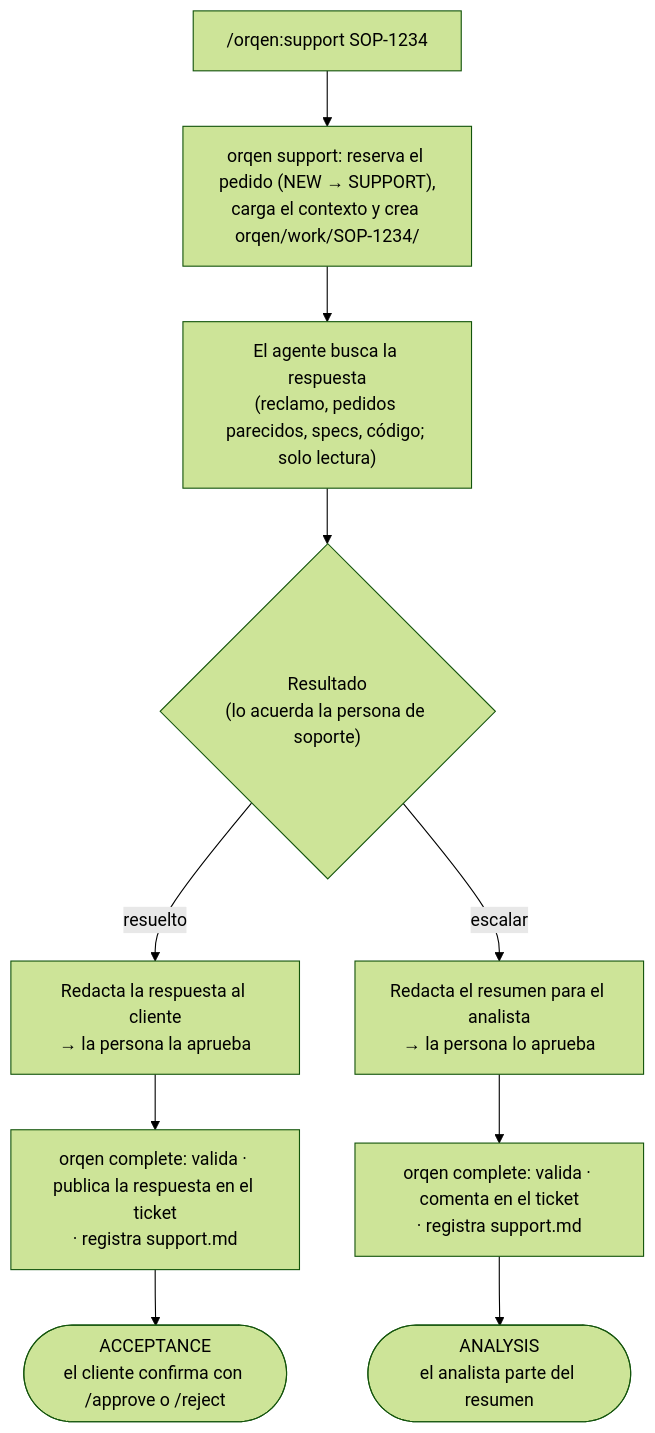
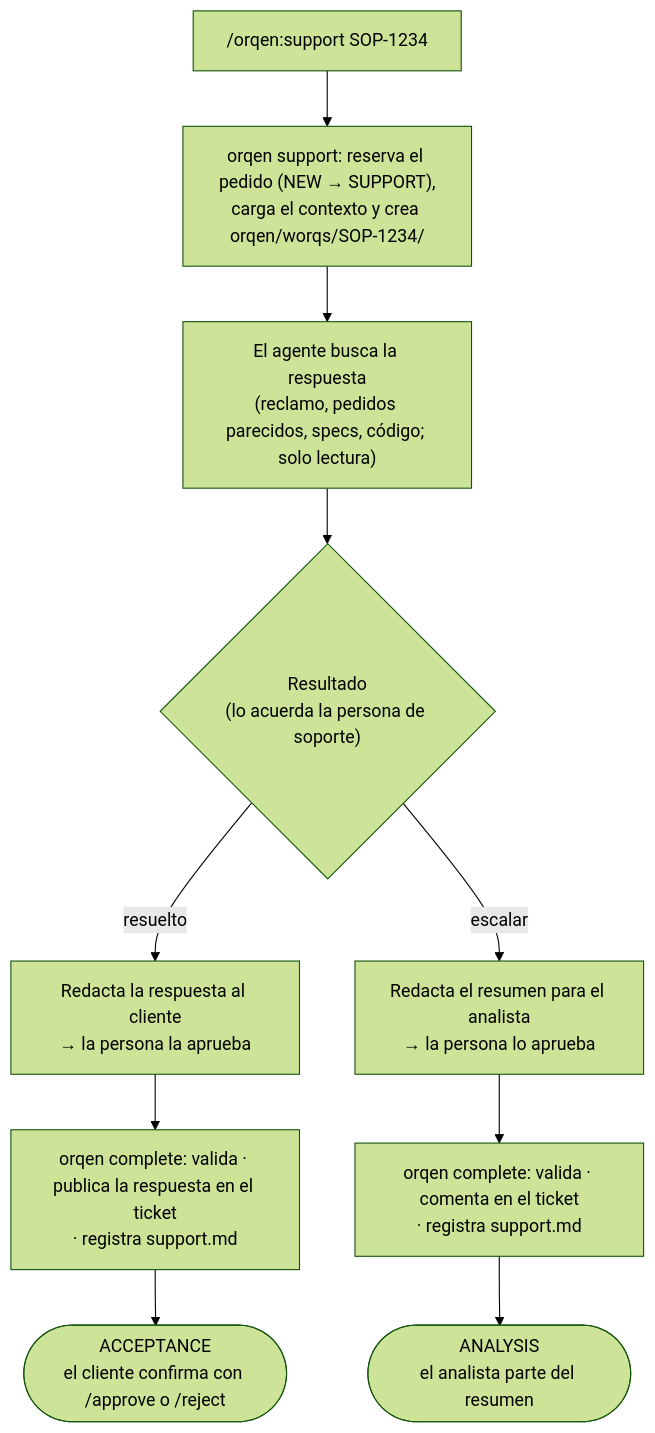
One commit to sistemas-telpin/orqen changed the first of 7 diagrams in README.md. Above: the diagram before and after it, drawn with Mermaid (forest theme). The commit also changed other lines of this file and 31 other files, not shown here.

First line of the commit message:
Concepto worq: la unidad de trabajo de orqen vive en orqen/worqs/ (SIS-6023)

````diff
--- a/README.md
+++ b/README.md
@@ -73,10 +75,10 @@
 ```mermaid
 flowchart TD
-    A["/orqen:support SOP-1234"] --> B["orqen support: reserva el pedido (NEW → SUPPORT),<br/>carga el contexto y crea orqen/work/SOP-1234/"]
+    A["/orqen:support SOP-1234"] --> B["orqen support: reserva el pedido (NEW → SUPPORT),<br/>carga el contexto y crea orqen/worqs/SOP-1234/"]
     B --> C["El agente busca la respuesta<br/>(reclamo, pedidos parecidos, specs, código; solo lectura)"]
     C --> D{"Resultado<br/>(lo acuerda la persona de soporte)"}
     D -->|"resuelto"| E["Redacta la respuesta al cliente<br/>→ la persona la aprueba"]
     D -->|"escalar"| F["Redacta el resumen para el analista<br/>→ la persona lo aprueba"]
     E --> G["orqen complete: valida · publica la respuesta en el ticket<br/>· registra support.md"] --> H(["ACCEPTANCE<br/>el cliente confirma con /approve o /reject"])
     F --> I["orqen complete: valida · comenta en el ticket<br/>· registra support.md"] --> J(["ANALYSIS<br/>el analista parte del resumen"])
 ```
````
